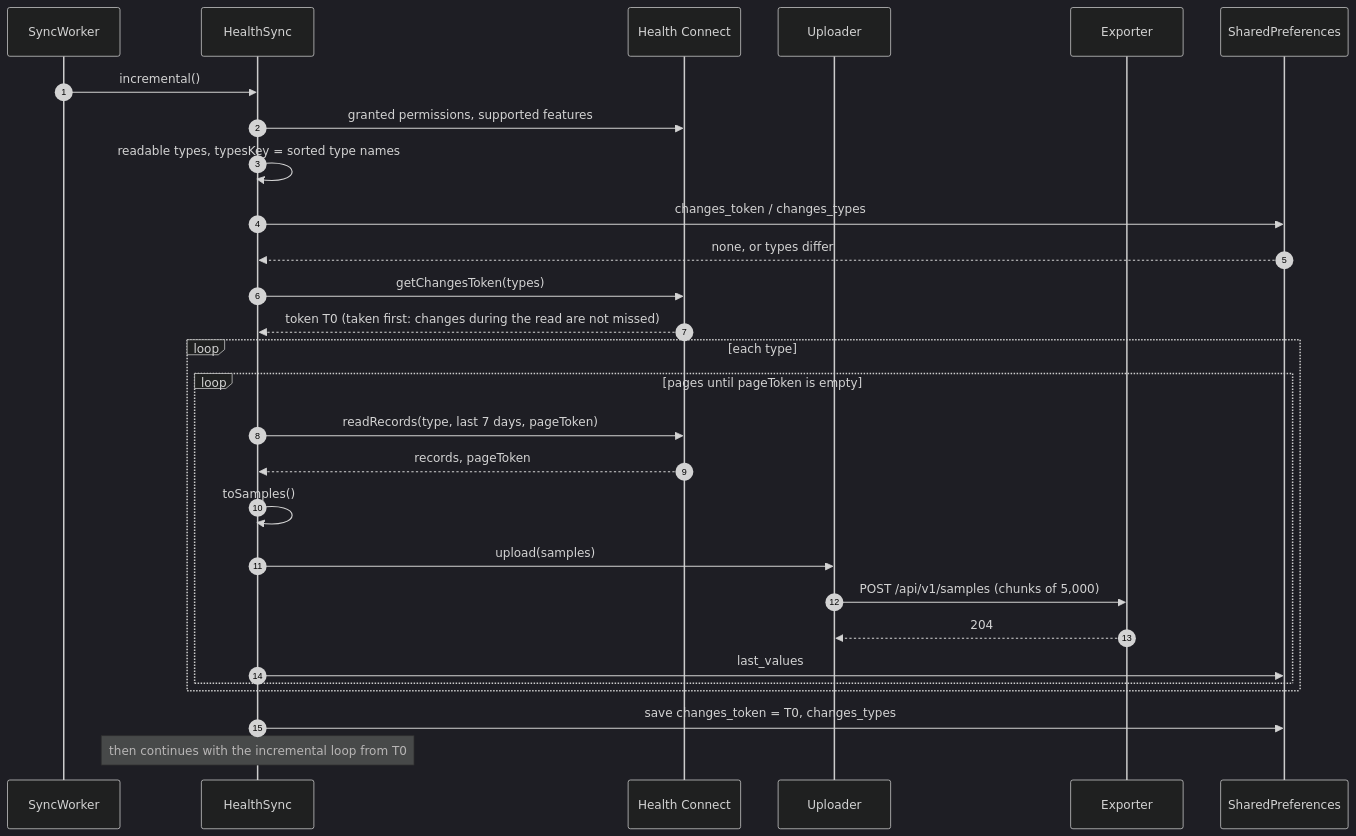
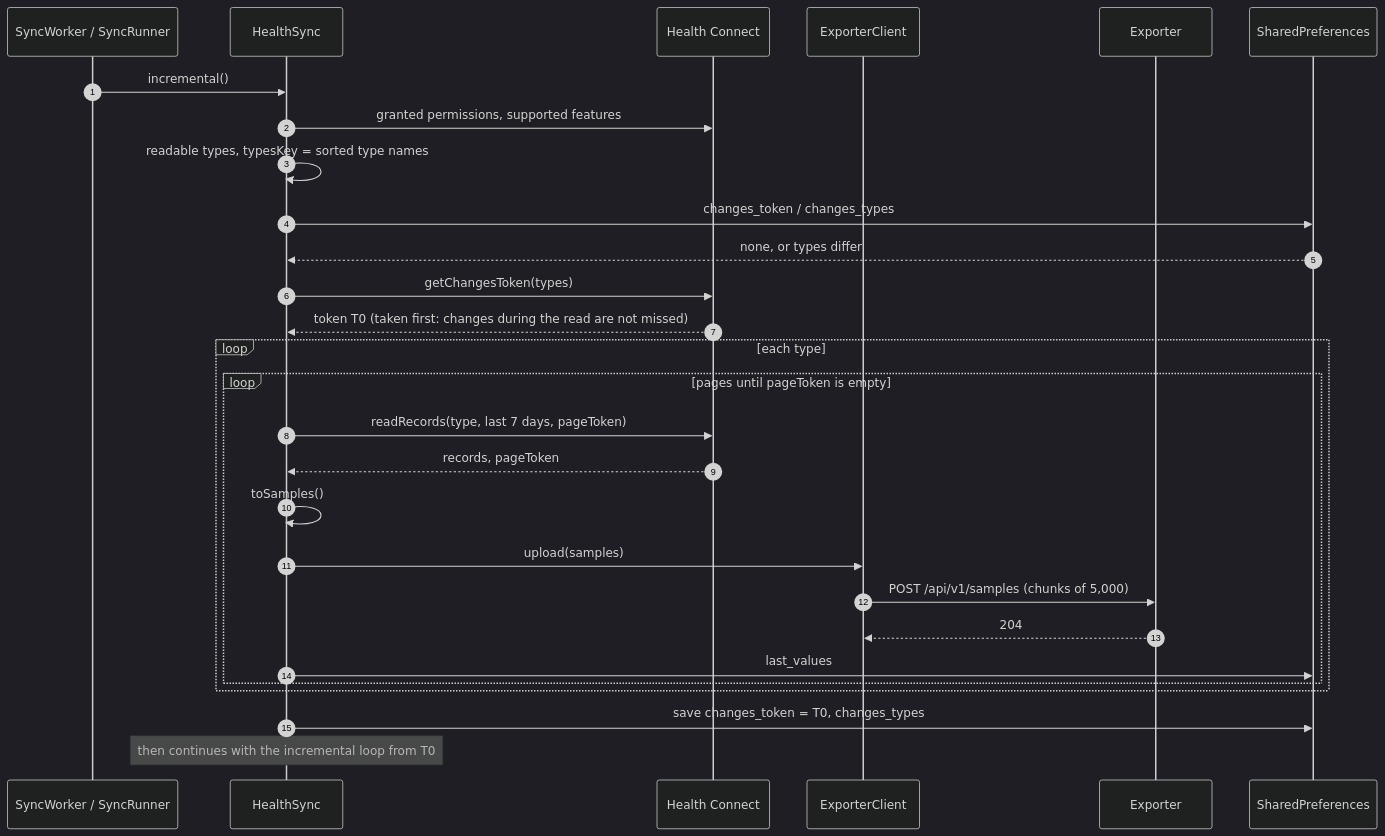
Before and after one commit to MateuxLucax/health-connect-bridge: the second of 8 diagrams in docs/sequences.md, drawn with Mermaid (dark theme). The commit also changed other lines of this file and 10 other files, not shown here.

````diff
--- a/docs/sequences.md
+++ b/docs/sequences.md
@@ -60,31 +61,31 @@
 ```mermaid
 sequenceDiagram
     autonumber
-    participant W as SyncWorker
+    participant W as SyncWorker / SyncRunner
     participant S as HealthSync
     participant HC as Health Connect
-    participant U as Uploader
+    participant U as ExporterClient
     participant E as Exporter
     participant SP as SharedPreferences
 
     W->>S: incremental()
     S->>HC: granted permissions, supported features
     S->>S: readable types, typesKey = sorted type names
     S->>SP: changes_token / changes_types
     SP-->>S: none, or types differ
     S->>HC: getChangesToken(types)
     HC-->>S: token T0 (taken first: changes during the read are not missed)
     loop each type
         loop pages until pageToken is empty
             S->>HC: readRecords(type, last 7 days, pageToken)
             HC-->>S: records, pageToken
             S->>S: toSamples()
             S->>U: upload(samples)
             U->>E: POST /api/v1/samples (chunks of 5,000)
             E-->>U: 204
             S->>SP: last_values
         end
     end
     S->>SP: save changes_token = T0, changes_types
     Note over S: then continues with the incremental loop from T0
 ```
````
